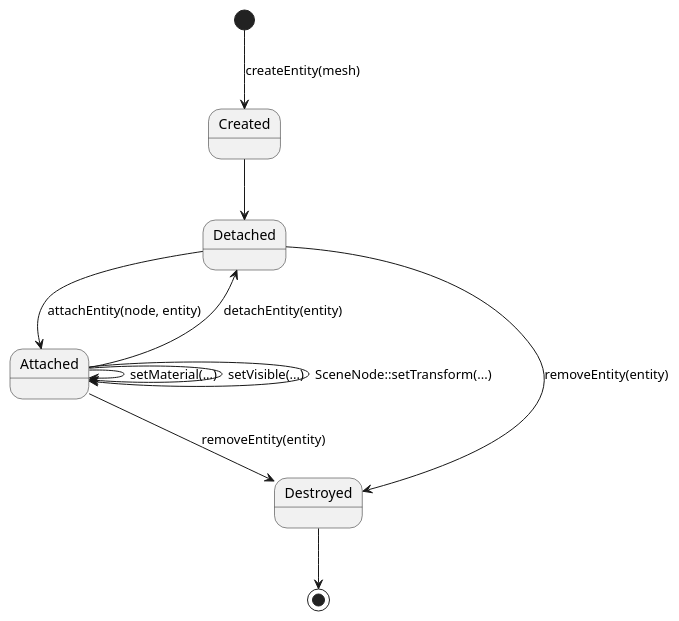
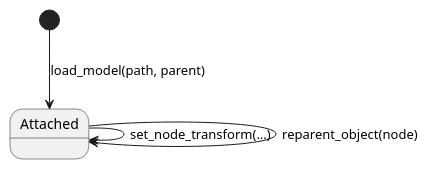
The fourth of 5 diagrams in docs/FREAK_Engine_Architecture.md (BFGEG/BFGE), drawn with PlantUML before and after one commit. The commit also changed other lines of this file and 2 other files, not shown here.

````diff
--- a/docs/FREAK_Engine_Architecture.md
+++ b/docs/FREAK_Engine_Architecture.md
@@ -1240,22 +1154,10 @@
 ```plantuml
 @startuml
 
-[*] --> Created : createEntity(mesh)
+[*] --> Attached : load_model(path, parent)
 
-Created --> Detached
-
-Detached --> Attached : attachEntity(node, entity)
-
-Attached --> Detached : detachEntity(entity)
-
-Attached --> Attached : setMaterial(...)
-Attached --> Attached : setVisible(...)
-Attached --> Attached : SceneNode::setTransform(...)
-
-Detached --> Destroyed : removeEntity(entity)
-Attached --> Destroyed : removeEntity(entity)
-
-Destroyed --> [*]
+Attached --> Attached : set_node_transform(...)
+Attached --> Attached : reparent_object(node)
 
 @enduml
 ```
````
